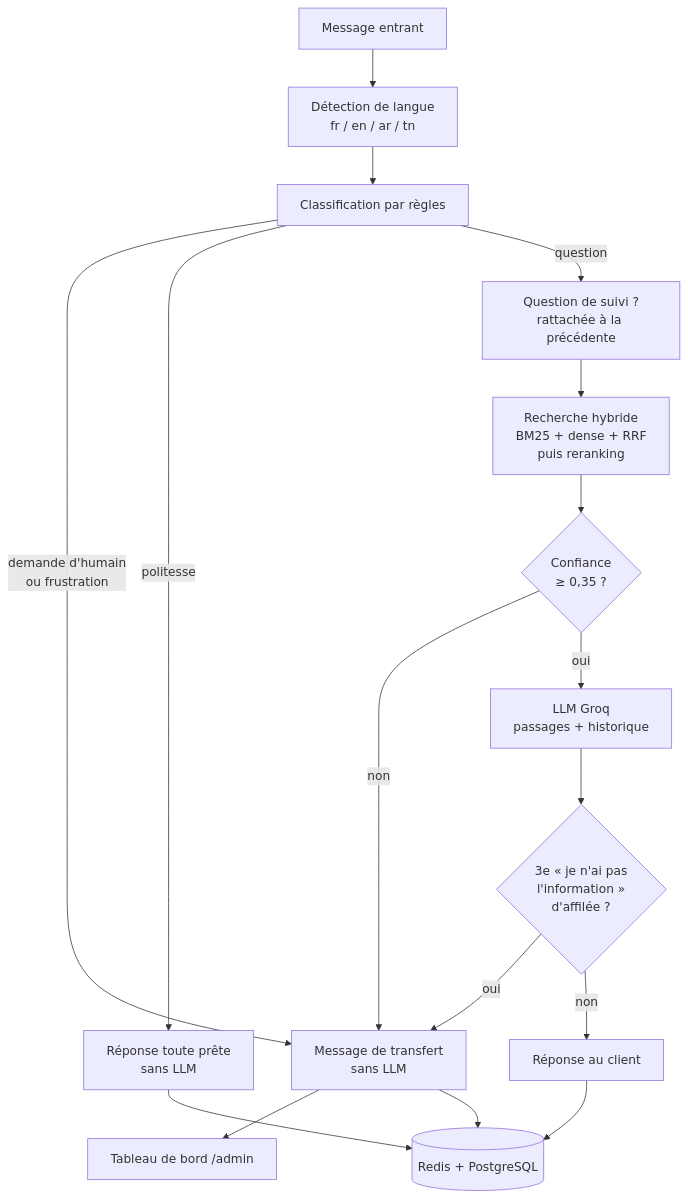
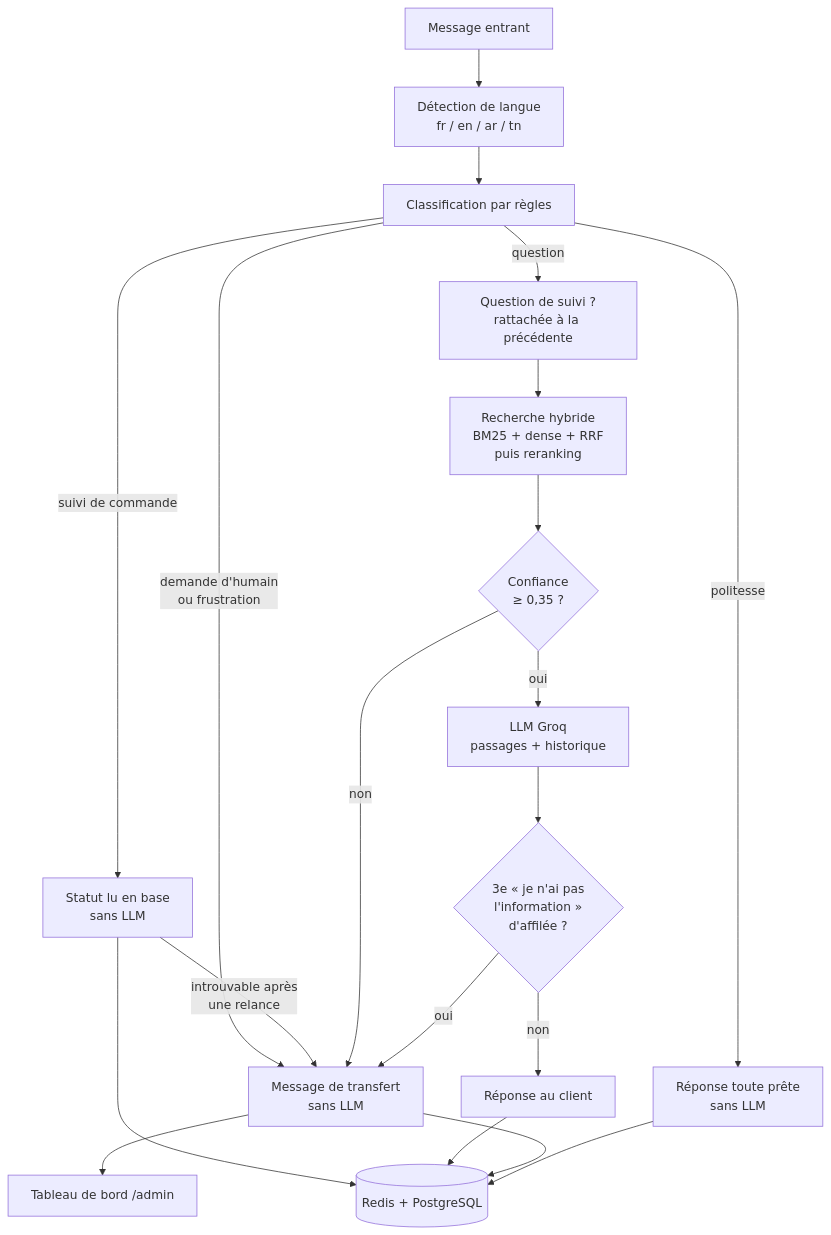
One commit to ramifourati922-ux/chatbot-ai changed the diagram in README.md. Above: the diagram before and after it, drawn with Mermaid. The commit also changed other lines of this file and 13 other files, not shown here.

````diff
--- a/README.md
+++ b/README.md
@@ -119,19 +140,22 @@
 ```mermaid
 flowchart TD
     A[Message entrant] --> B[Détection de langue<br/>fr / en / ar / tn]
     B --> C[Classification par règles]
     C -->|demande d'humain<br/>ou frustration| T[Message de transfert<br/>sans LLM]
     C -->|politesse| P[Réponse toute prête<br/>sans LLM]
+    C -->|suivi de commande| O[Statut lu en base<br/>sans LLM]
+    O -->|introuvable après<br/>une relance| T
+    O --> DB
     C -->|question| S[Question de suivi ?<br/>rattachée à la précédente]
     S --> R[Recherche hybride<br/>BM25 + dense + RRF<br/>puis reranking]
     R --> K{Confiance<br/>≥ 0,35 ?}
     K -->|non| T
     K -->|oui| L[LLM Groq<br/>passages + historique]
     L --> F{3e « je n'ai pas<br/>l'information »<br/>d'affilée ?}
     F -->|oui| T
     F -->|non| H[Réponse au client]
     T --> D[Tableau de bord /admin]
     H --> DB[(Redis + PostgreSQL)]
     P --> DB
     T --> DB
 ```
````
